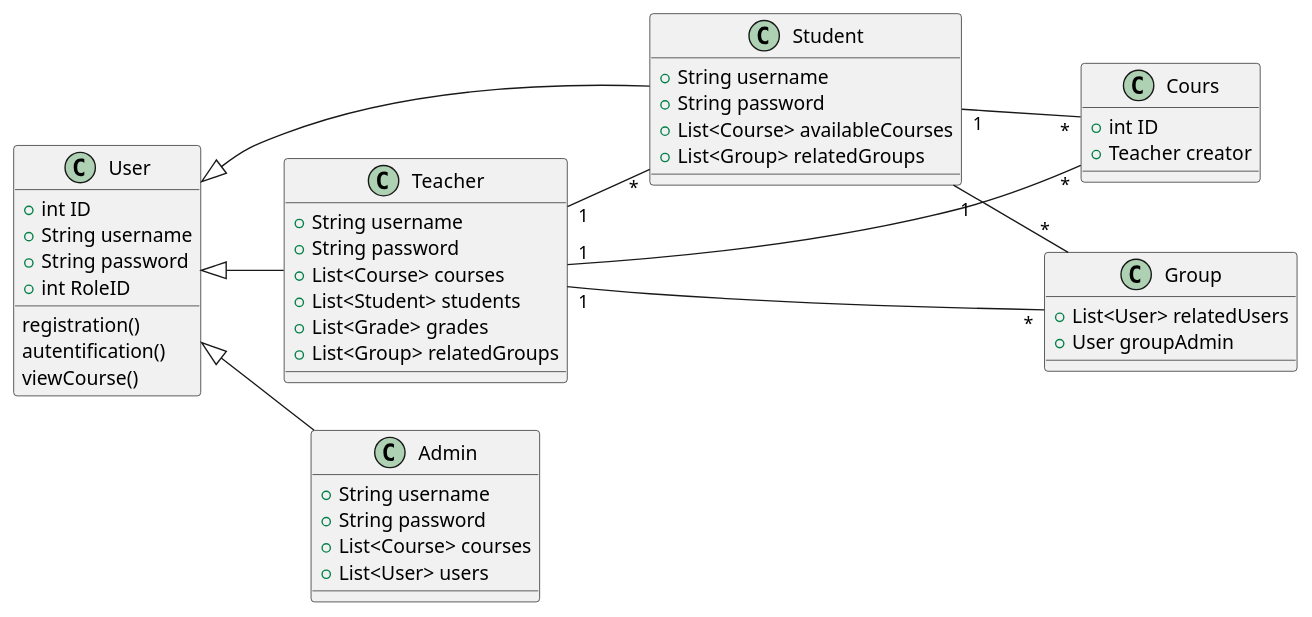
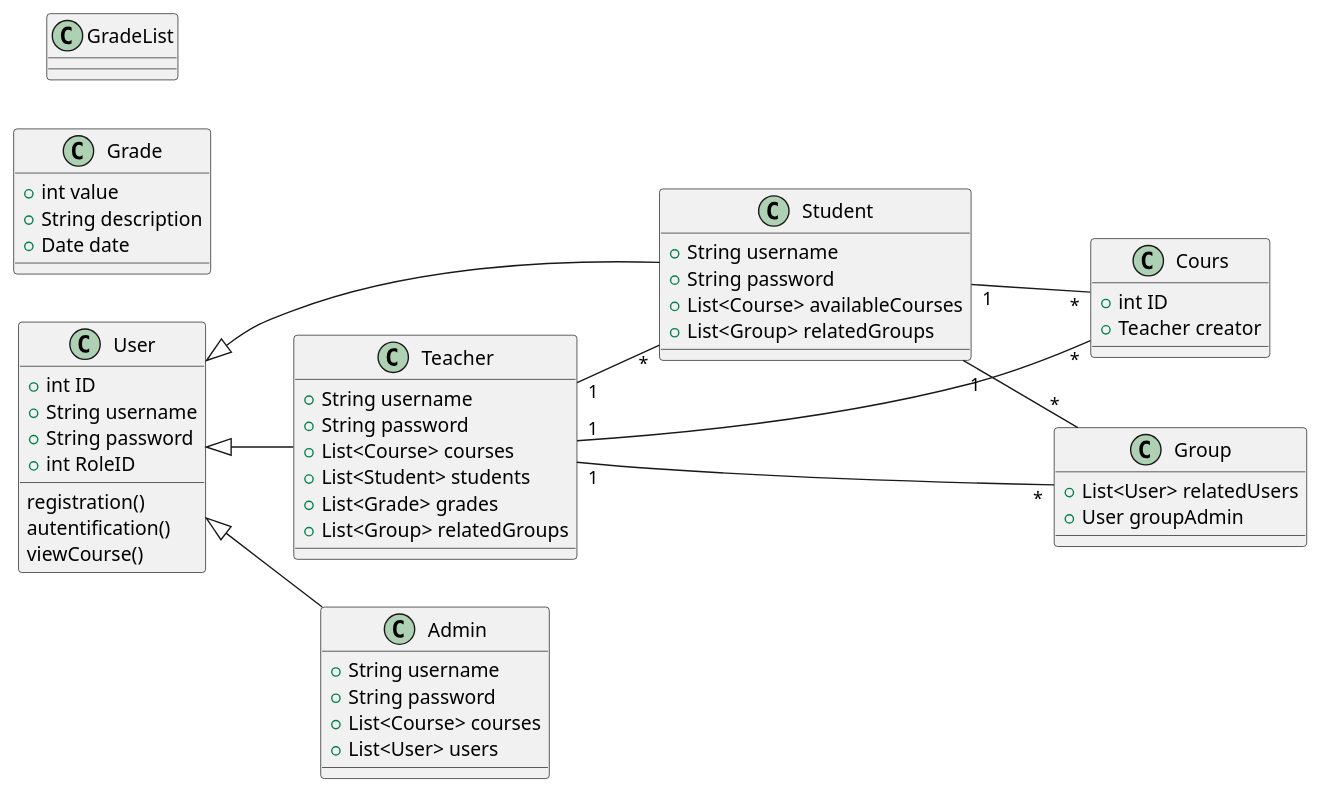
The diagram in Kurs/2.plantuml (TonyNov/Architecture), drawn with PlantUML before and after one commit. The commit also changed 1 other file, not shown here.

Commit message:
Работа над диаграммой компонентов

```diff
--- a/Kurs/2.plantuml
+++ b/Kurs/2.plantuml
@@ -1,59 +1,65 @@
 @startuml classDiagram
-' skinparam actorStyle awesome
 left to right direction
 ' skinparam classAttributeIconSize 0
 
 class User {
     +int ID
     +String username
     +String password
     +int RoleID
     registration()
     autentification()
     viewCourse()
 }
 class Group{
     +List<User> relatedUsers
     +User groupAdmin
 }
 class Student {
     +String username
     +String password
     +List<Course> availableCourses
     +List<Group> relatedGroups
 }
 class Teacher {
     +String username
     +String password
     +List<Course> courses
     +List<Student> students
     +List<Grade> grades
     +List<Group> relatedGroups
 }
 
 class Admin {
     +String username
     +String password
     +List<Course> courses
     +List<User> users
 
 }
 class Cours{
     +int ID
     +Teacher creator
 }
+class Grade {
+    +int value
+    +String description
+    +Date date
+}
+class GradeList{
+
+}
 User <|-- Student
 User <|-- Teacher
 User <|-- Admin
 
 Teacher "1" -- "*" Cours
 Teacher "1" -- "*" Student
 Teacher "1" -- "*" Group
 
-Student "1" -- "*" Cours
-Student "1" -- "*" Group
+    Student "1" -- "*" Cours
+    Student "1" -- "*" Group
 
 
 
-
-    @enduml
+        @enduml
```
